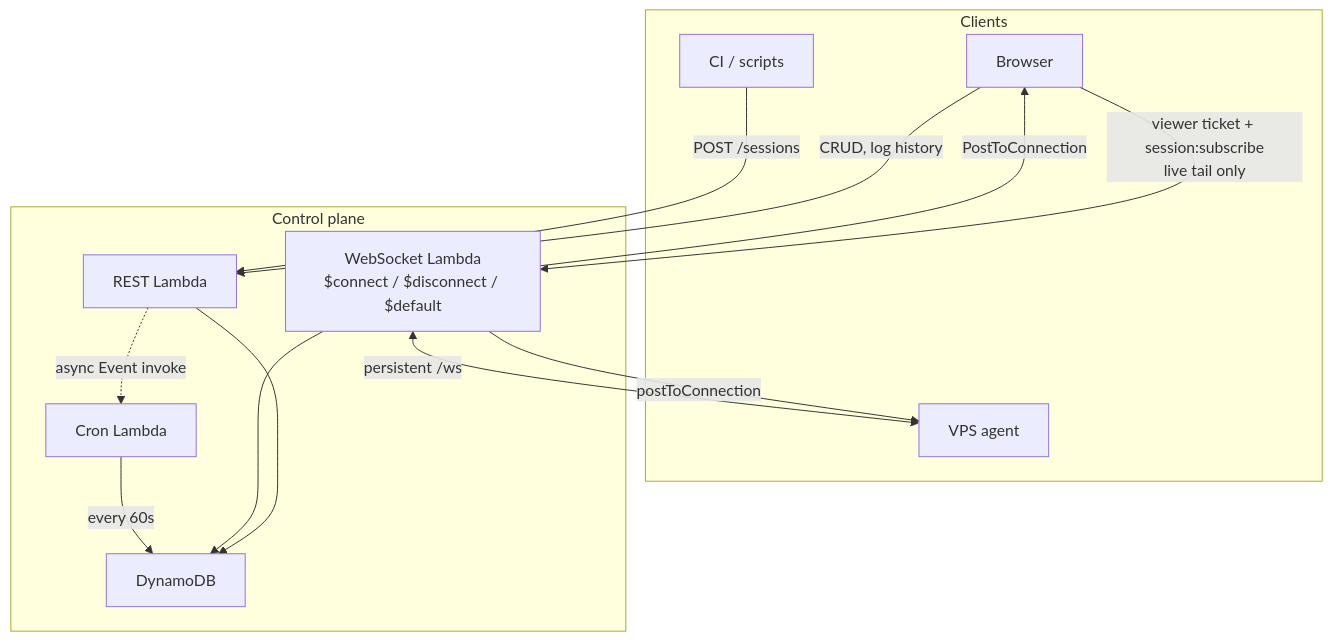
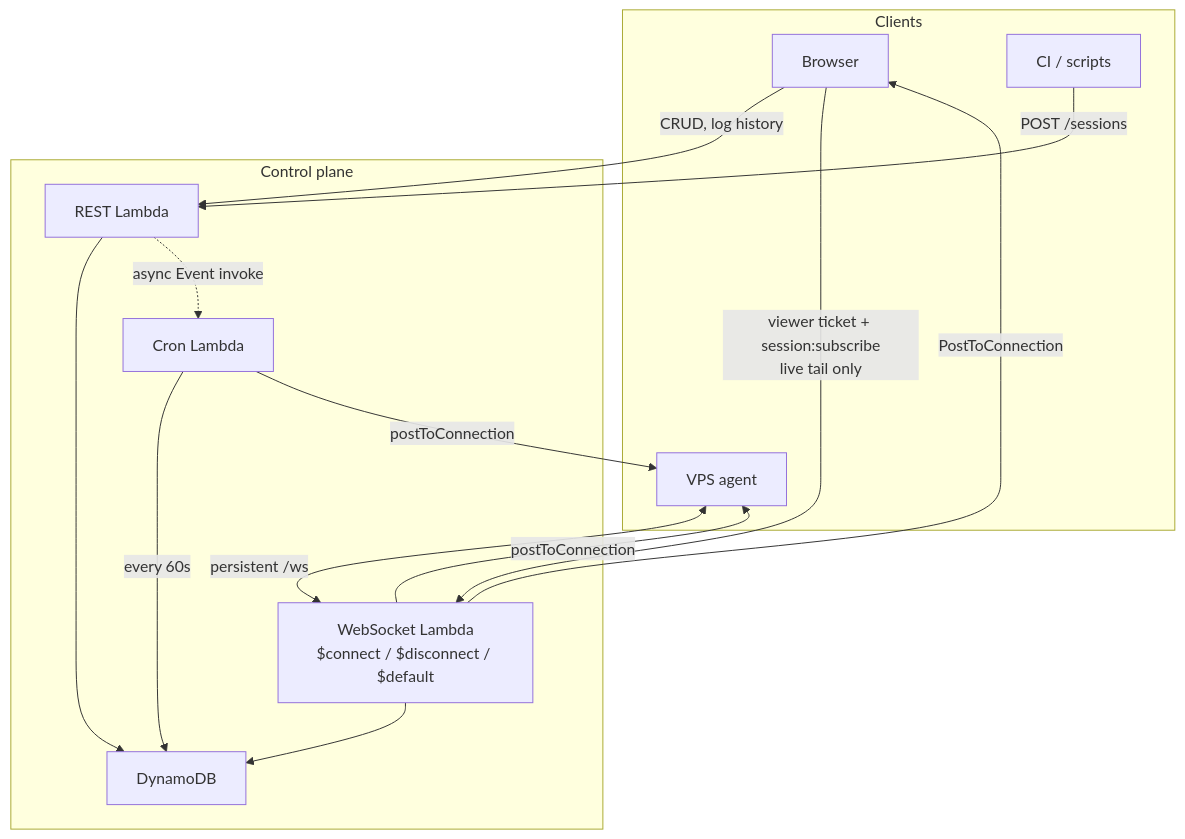
One commit to jonathanong/auto-harness changed the first of 4 diagrams in docs/architecture/communication.md. Above: the diagram before and after it, drawn with Mermaid. The commit also changed other lines of this file and 1 other file, not shown here.

````diff
--- a/docs/architecture/communication.md
+++ b/docs/architecture/communication.md
@@ -13,26 +13,27 @@
 ```mermaid
 flowchart TB
     subgraph Clients
         Browser["Browser"]
         CI["CI / scripts"]
         Agent["VPS agent"]
     end
 
     subgraph AWS["Control plane"]
         REST["REST Lambda"]
         WSL["WebSocket Lambda<br/>$connect / $disconnect / $default"]
         Cron["Cron Lambda"]
         DDB["DynamoDB"]
     end
 
     Browser -->|"CRUD, log history"| REST
     Browser -->|"viewer ticket + session:subscribe<br/>live tail only"| WSL
     CI -->|"POST /sessions"| REST
     Agent <-->|"persistent /ws"| WSL
     REST --> DDB
     WSL --> DDB
     Cron -->|"every 60s"| DDB
     REST -.->|"async Event invoke"| Cron
     WSL -->|"postToConnection"| Agent
+    Cron -->|"postToConnection"| Agent
     WSL -->|"PostToConnection"| Browser
 ```
````
